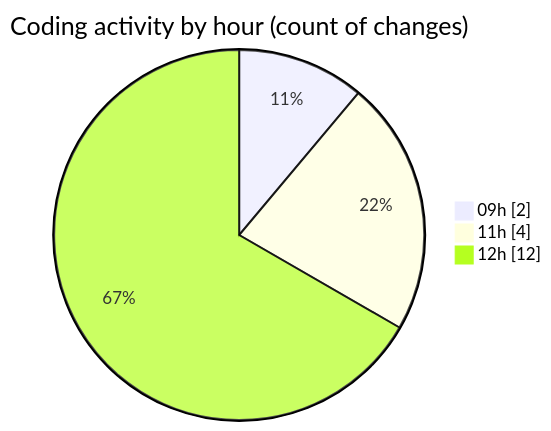
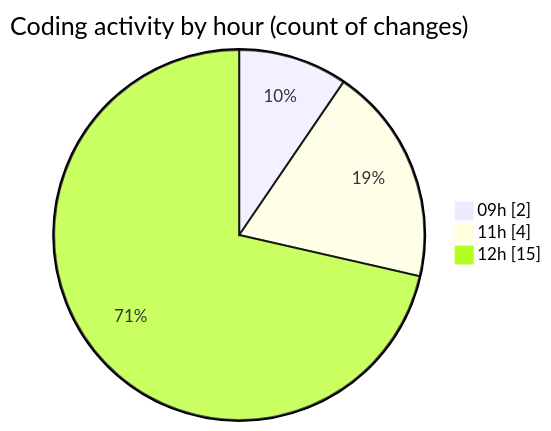
Before and after one commit to Elitesun/code-tracking: the second of 2 diagrams in 2025-04-30/niten/README.md, drawn with Mermaid. The commit also changed other lines of this file and 1 other file, not shown here.

````diff
--- a/2025-04-30/niten/README.md
+++ b/2025-04-30/niten/README.md
@@ -37,7 +38,7 @@
 ```mermaid
 pie showData
 title Coding activity by hour (count of changes)
 "09h" : 2
 "11h" : 4
-"12h" : 12
+"12h" : 15
 ```
````
